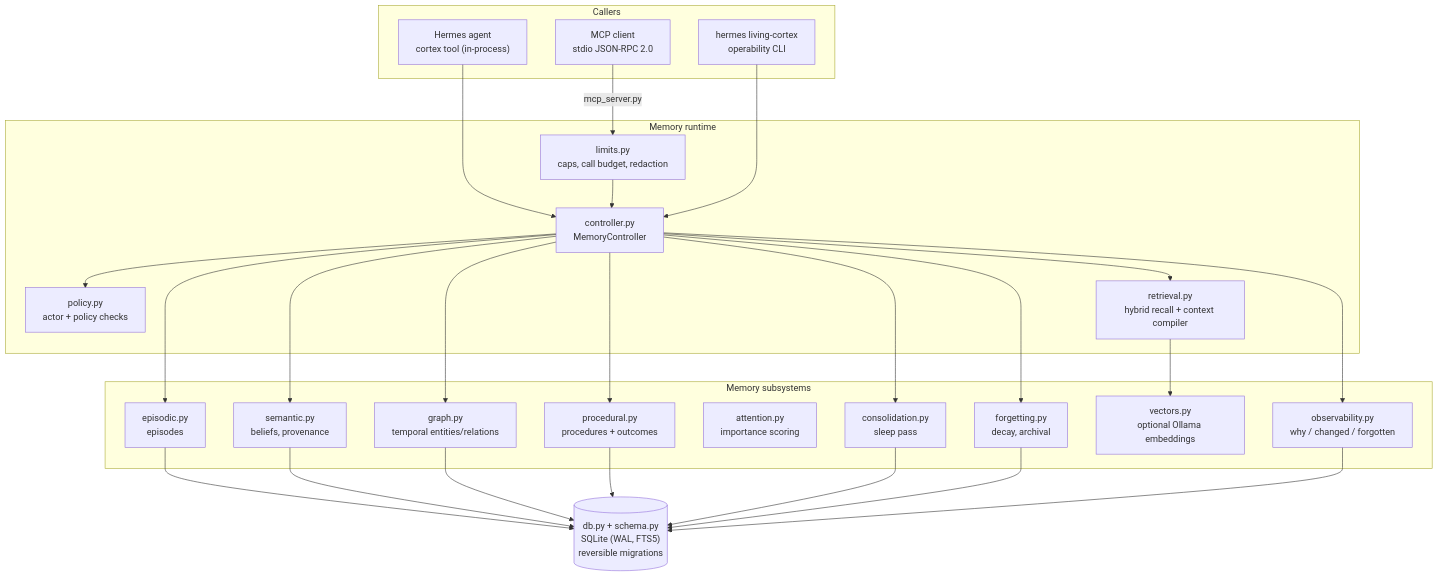
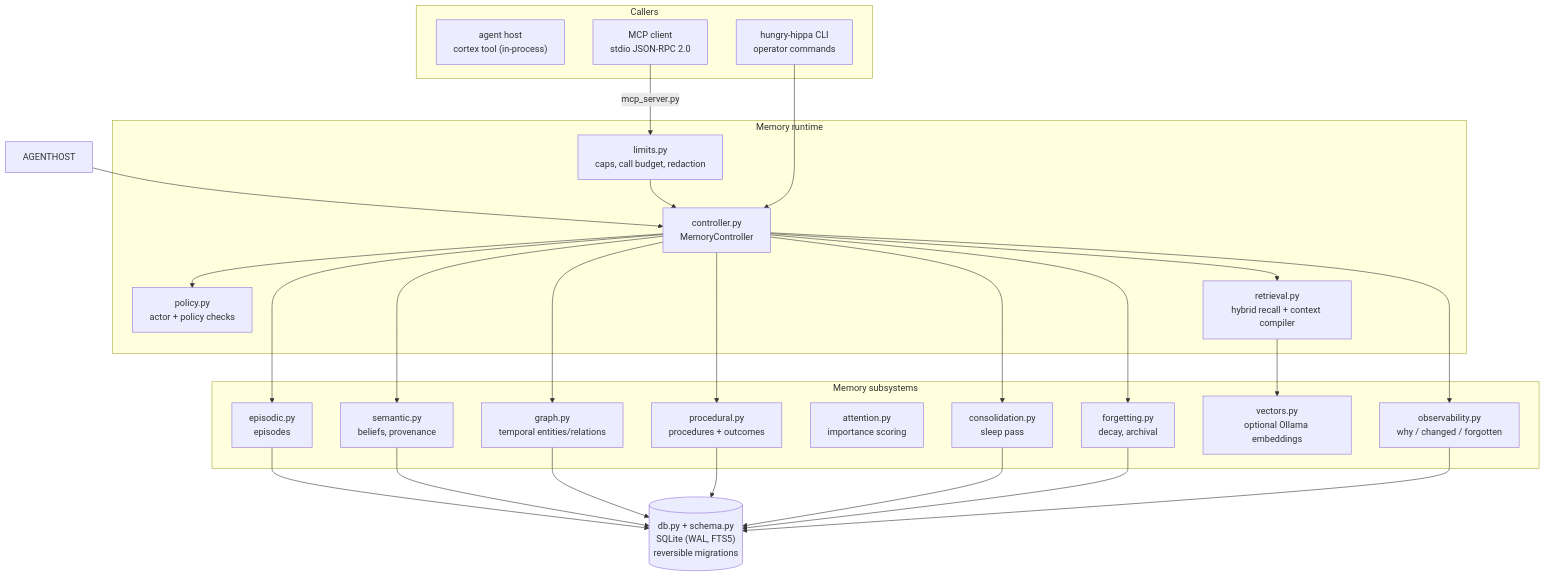
One commit to TRUE-BLUE-INDUSTRIES/hungry-hippa changed the diagram in README.md. Above: the diagram before and after it, drawn with Mermaid. The commit also changed other lines of this file and 54 other files, not shown here.

````diff
--- a/README.md
+++ b/README.md
@@ -84,51 +96,51 @@
 ```mermaid
 flowchart TB
     subgraph clients["Callers"]
-        HERMES["Hermes agent<br/>cortex tool (in-process)"]
+        HOST["agent host<br/>cortex tool (in-process)"]
         MCPC["MCP client<br/>stdio JSON-RPC 2.0"]
-        CLI["hermes living-cortex<br/>operability CLI"]
+        CLI["hungry-hippa CLI<br/>operator commands"]
     end
 
     subgraph runtime["Memory runtime"]
         CTRL["controller.py<br/>MemoryController"]
         POLICY["policy.py<br/>actor + policy checks"]
         LIMITS["limits.py<br/>caps, call budget, redaction"]
         RET["retrieval.py<br/>hybrid recall + context compiler"]
     end
 
     subgraph memory["Memory subsystems"]
         EPI["episodic.py<br/>episodes"]
         SEM["semantic.py<br/>beliefs, provenance"]
         GRAPH["graph.py<br/>temporal entities/relations"]
         PROC["procedural.py<br/>procedures + outcomes"]
         ATTN["attention.py<br/>importance scoring"]
         CONS["consolidation.py<br/>sleep pass"]
         FORG["forgetting.py<br/>decay, archival"]
         VEC["vectors.py<br/>optional Ollama embeddings"]
         OBS["observability.py<br/>why / changed / forgotten"]
     end
 
     DB[("db.py + schema.py<br/>SQLite (WAL, FTS5)<br/>reversible migrations")]
 
-    HERMES --> CTRL
+    AGENTHOST --> CTRL
     MCPC -->|"mcp_server.py"| LIMITS
     LIMITS --> CTRL
     CLI --> CTRL
     CTRL --> POLICY
     CTRL --> RET
     CTRL --> EPI
     CTRL --> SEM
     CTRL --> GRAPH
     CTRL --> PROC
     CTRL --> CONS
     CTRL --> FORG
     CTRL --> OBS
     RET --> VEC
     EPI --> DB
     SEM --> DB
     GRAPH --> DB
     PROC --> DB
     CONS --> DB
     FORG --> DB
     OBS --> DB
 ```
````
